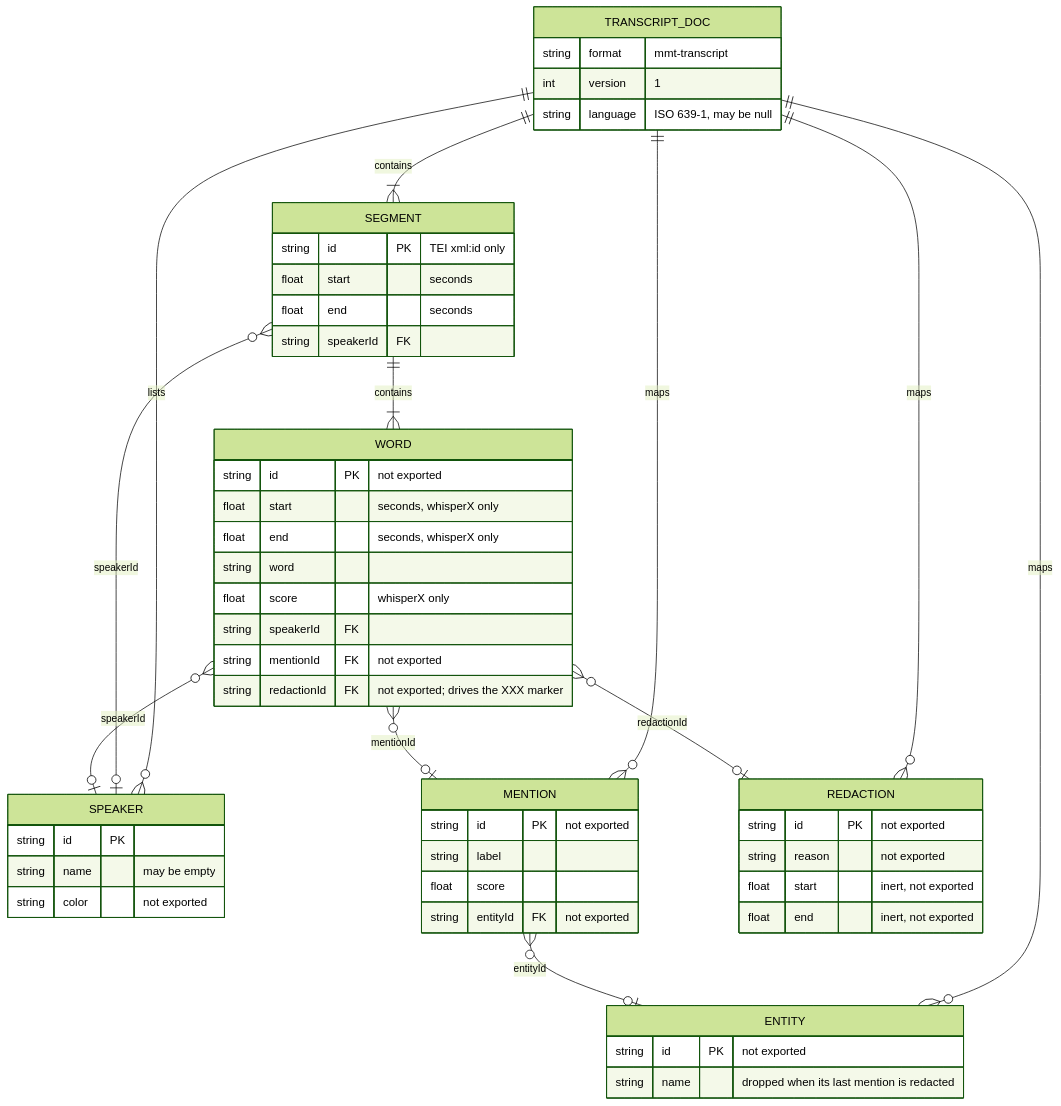
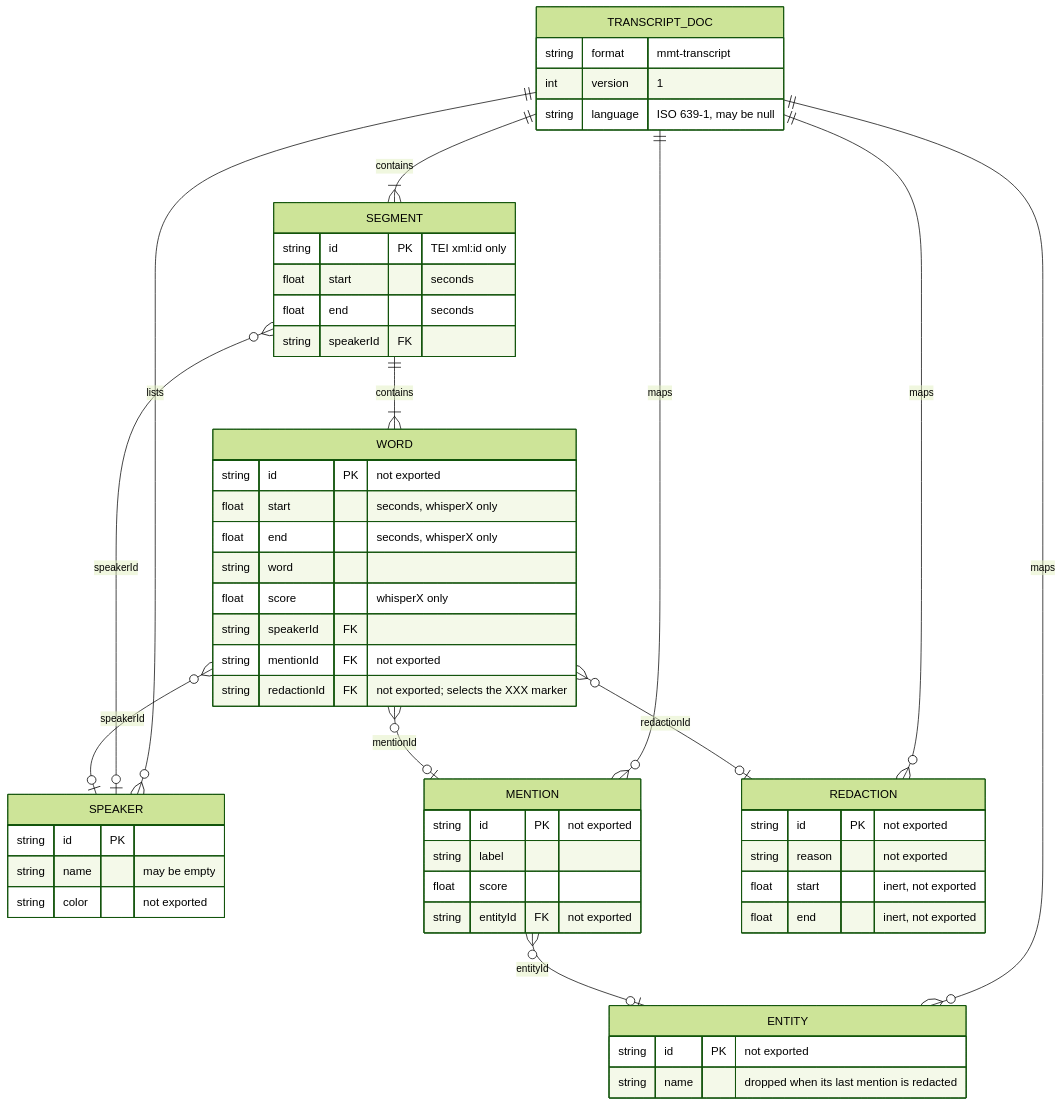
One commit to asr4memory/mmt-py changed the third of 3 diagrams in specs/2026-07-30-transcript-export.md. Above: the diagram before and after it, drawn with Mermaid (forest theme). The commit also changed other lines of this file and 1 other file, not shown here.

````diff
--- a/specs/2026-07-30-transcript-export.md
+++ b/specs/2026-07-30-transcript-export.md
@@ -351,57 +351,57 @@
 ```mermaid
 erDiagram
     TRANSCRIPT_DOC ||--o{ SPEAKER : "lists"
     TRANSCRIPT_DOC ||--o{ ENTITY : "maps"
     TRANSCRIPT_DOC ||--o{ MENTION : "maps"
     TRANSCRIPT_DOC ||--o{ REDACTION : "maps"
     TRANSCRIPT_DOC ||--|{ SEGMENT : "contains"
     SEGMENT ||--|{ WORD : "contains"
     SEGMENT }o--o| SPEAKER : "speakerId"
     WORD }o--o| SPEAKER : "speakerId"
     WORD }o--o| MENTION : "mentionId"
     WORD }o--o| REDACTION : "redactionId"
     MENTION }o--o| ENTITY : "entityId"
 
     TRANSCRIPT_DOC {
         string format "mmt-transcript"
         int version "1"
         string language "ISO 639-1, may be null"
     }
     SPEAKER {
         string id PK
         string name "may be empty"
         string color "not exported"
     }
     ENTITY {
         string id PK "not exported"
         string name "dropped when its last mention is redacted"
     }
     MENTION {
         string id PK "not exported"
         string label
         float score
         string entityId FK "not exported"
     }
     REDACTION {
         string id PK "not exported"
         string reason "not exported"
         float start "inert, not exported"
         float end "inert, not exported"
     }
     SEGMENT {
         string id PK "TEI xml:id only"
         float start "seconds"
         float end "seconds"
         string speakerId FK
     }
     WORD {
         string id PK "not exported"
         float start "seconds, whisperX only"
         float end "seconds, whisperX only"
         string word
         float score "whisperX only"
         string speakerId FK
         string mentionId FK "not exported"
-        string redactionId FK "not exported; drives the XXX marker"
+        string redactionId FK "not exported; selects the XXX marker"
     }
 ```
````
